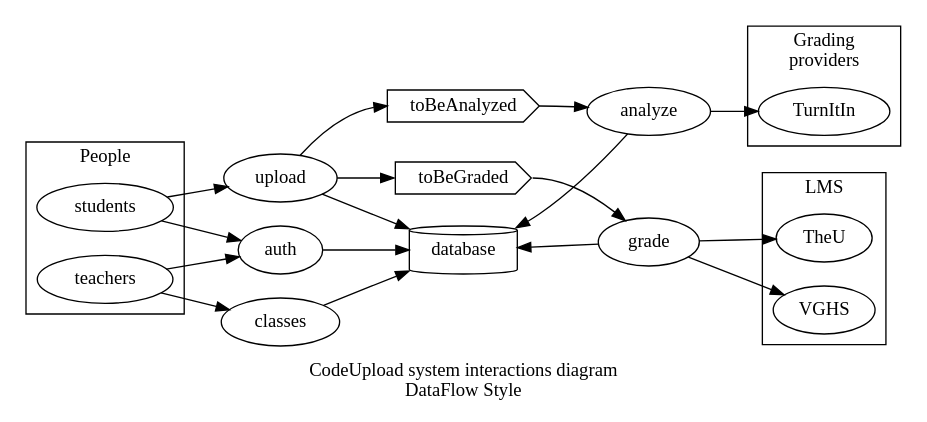
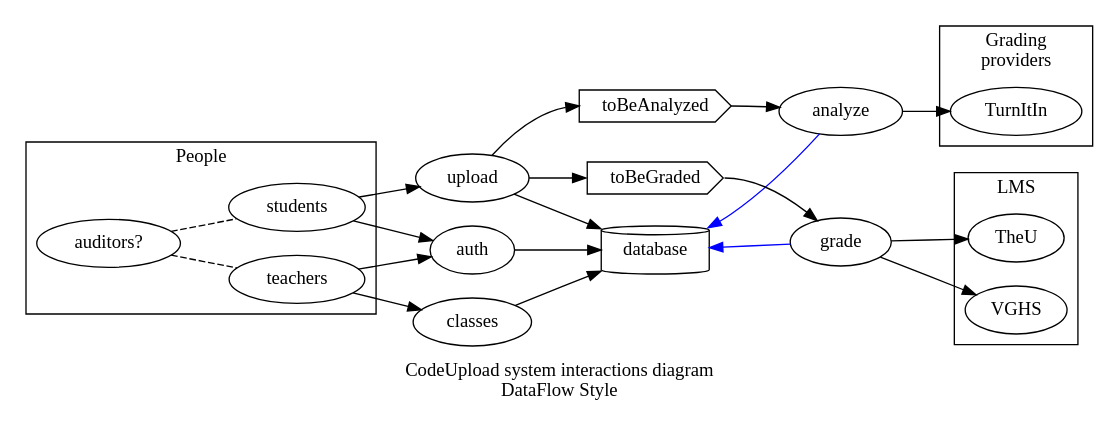
One commit to mckaysalisbury/grades changed the diagram in dataflow.gv. Above: the diagram before and after it, drawn with Graphviz. The commit also changed 1 other file, not shown here.

```diff
--- a/dataflow.gv
+++ b/dataflow.gv
@@ -1,28 +1,31 @@
 digraph dataflow {
     label="CodeUpload system interactions diagram\nDataFlow Style"
     rankdir=LR
     subgraph clusterGrading {
         label="Grading\nproviders"
         TurnItIn
     }
     subgraph clusterLMS {
         label="LMS"
         TheU,
         VGHS
     }
     subgraph clusterPeople {
         label="People"
         teachers
         students
+        auditors [label="auditors?"]
     }
 
     database [shape=cylinder]
     toBeGraded, toBeAnalyzed [shape=cds]
     students, teachers -> auth -> database
     students -> upload -> database
     teachers -> classes -> database
-    database -> grade, analyze [dir=back]
+    database -> grade, analyze [dir=back, color="blue"]
     upload -> toBeGraded:w, toBeAnalyzed:w
     toBeGraded:e -> grade -> VGHS, TheU
     toBeAnalyzed:e -> analyze -> TurnItIn
+
+    auditors -> students, teachers [dir=none, style=dashed]
 }
```
